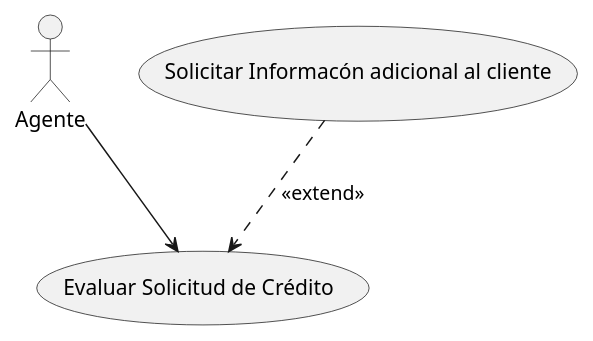
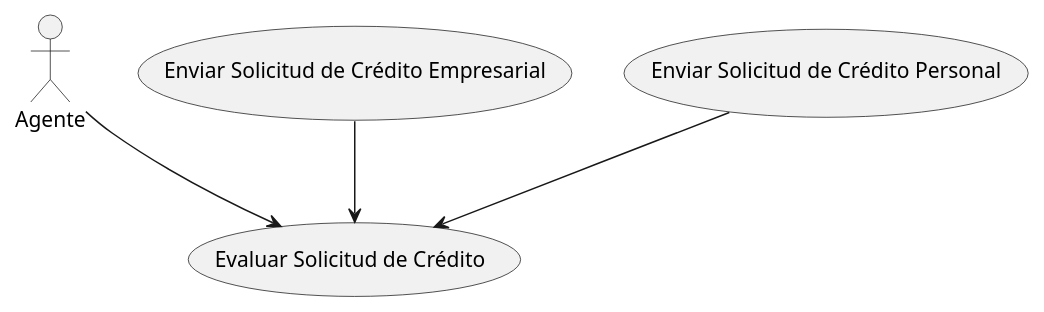
One commit to Elizaga21/UD12_ede changed the diagram in src/3caso.puml. Above: the diagram before and after it, drawn with PlantUML. The commit also changed 5 other files, not shown here.

```diff
--- a/src/3caso.puml
+++ b/src/3caso.puml
@@ -1,10 +1,12 @@
 @startuml
 actor Agente
 
 
   Agente --> (Evaluar Solicitud de Crédito)
-  (Solicitar Informacón adicional al cliente) ..> (Evaluar Solicitud de Crédito) : <<extend>>
+  (Enviar Solicitud de Crédito Empresarial) --> (Evaluar Solicitud de Crédito)
+    (Enviar Solicitud de Crédito Personal) --> (Evaluar Solicitud de Crédito)
+
 
 
 
 @enduml
```
